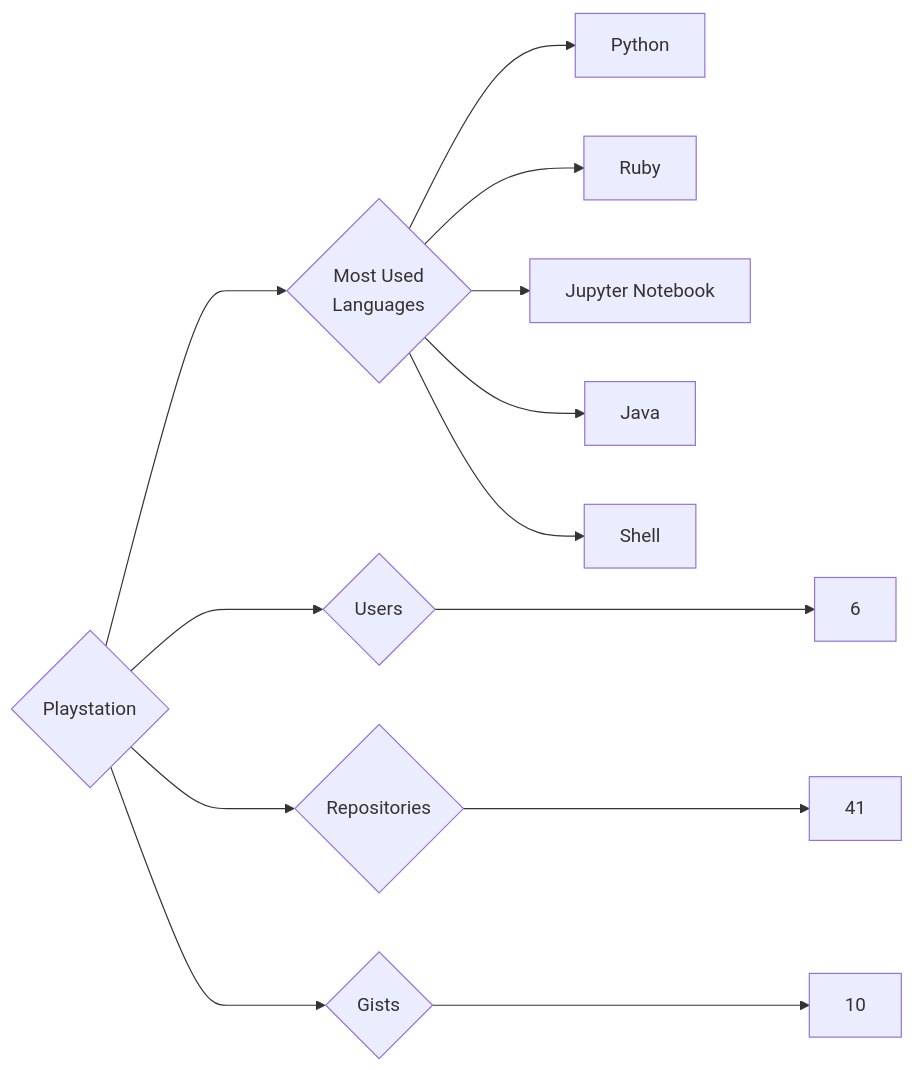
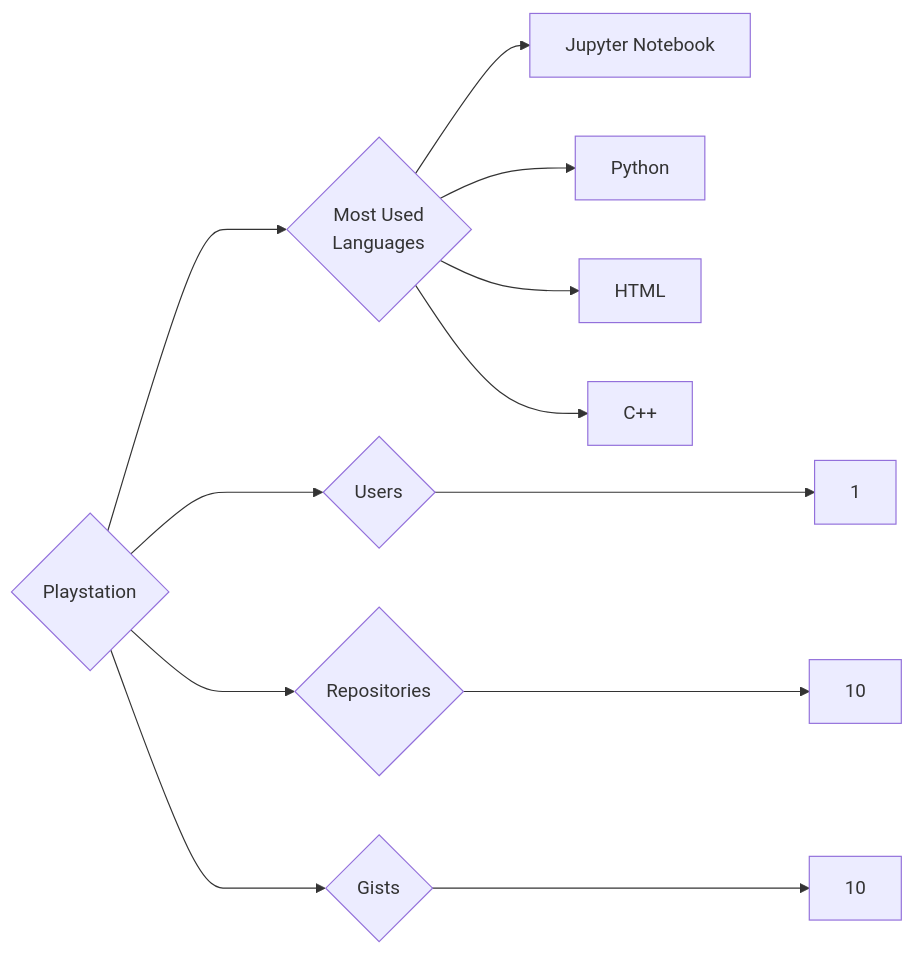
The diagram in targets/Playstation/README.md (trickest/insiders), drawn with Mermaid before and after one commit. The commit also changed 920 other files, not shown here.

````diff
--- a/targets/Playstation/README.md
+++ b/targets/Playstation/README.md
@@ -3,13 +3,12 @@
 ```mermaid
 graph LR
 COMPANY_NAME{Playstation}
-COMPANY_NAME ---> U{Users} ---> UN[6]
-COMPANY_NAME ---> R{Repositories} ---> RN[41]
+COMPANY_NAME ---> U{Users} ---> UN[1]
+COMPANY_NAME ---> R{Repositories} ---> RN[10]
 COMPANY_NAME ---> G{Gists} ---> GN[10]
 COMPANY_NAME ---> ML{Most Used<br>Languages}
+ML --> Jupyter_Notebook[Jupyter Notebook]
 ML --> Python[Python]
-ML --> Ruby[Ruby]
-ML --> Jupyter_Notebook[Jupyter Notebook]
-ML --> Java[Java]
-ML --> Shell[Shell]
+ML --> HTML[HTML]
+ML --> C++[C++]
 ```
````
